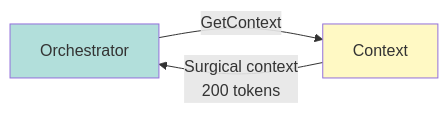
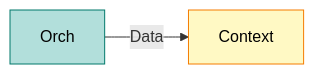
The fourth of 7 diagrams in MERMAID_STYLE_GUIDE.md (underpass-ai/swe-ai-fleet), drawn with Mermaid before and after one commit. The commit also changed other lines of this file and 1 other file, not shown here.

First line of the commit message:
docs: finalize mermaid grayscale standard and apply to AGENTS_AND_TOOLS

````diff
--- a/MERMAID_STYLE_GUIDE.md
+++ b/MERMAID_STYLE_GUIDE.md
@@ -25,8 +135,7 @@
 ```mermaid
 graph LR
-    Orch[Orchestrator] -->|GetContext| Context
-    Context -->|Surgical context<br/>200 tokens| Orch
-
-    style Orch fill:#b2dfdb
-    style Context fill:#fff9c4
+    A["Orch"] -->|Data| B["Context"]
+    
+    style A fill:#b2dfdb,stroke:#00796b,color:#000
+    style B fill:#fff9c4,stroke:#f57c00,color:#000
 ```
````
